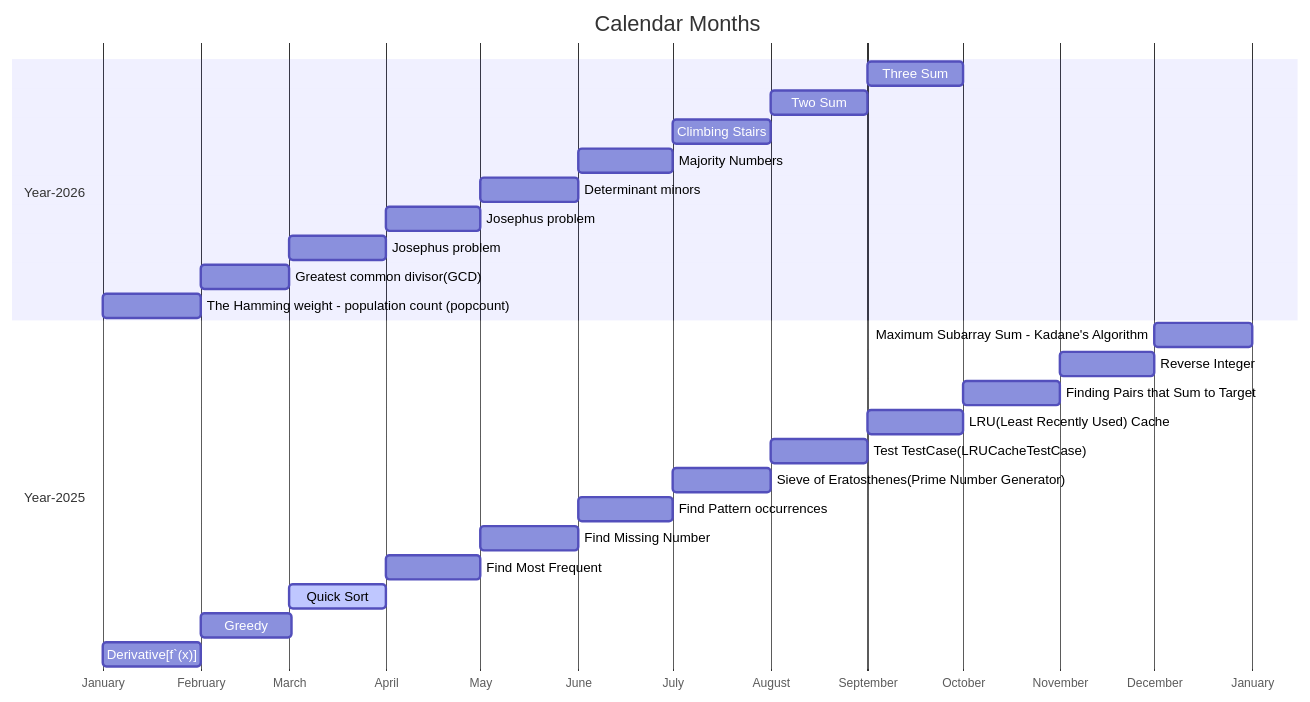
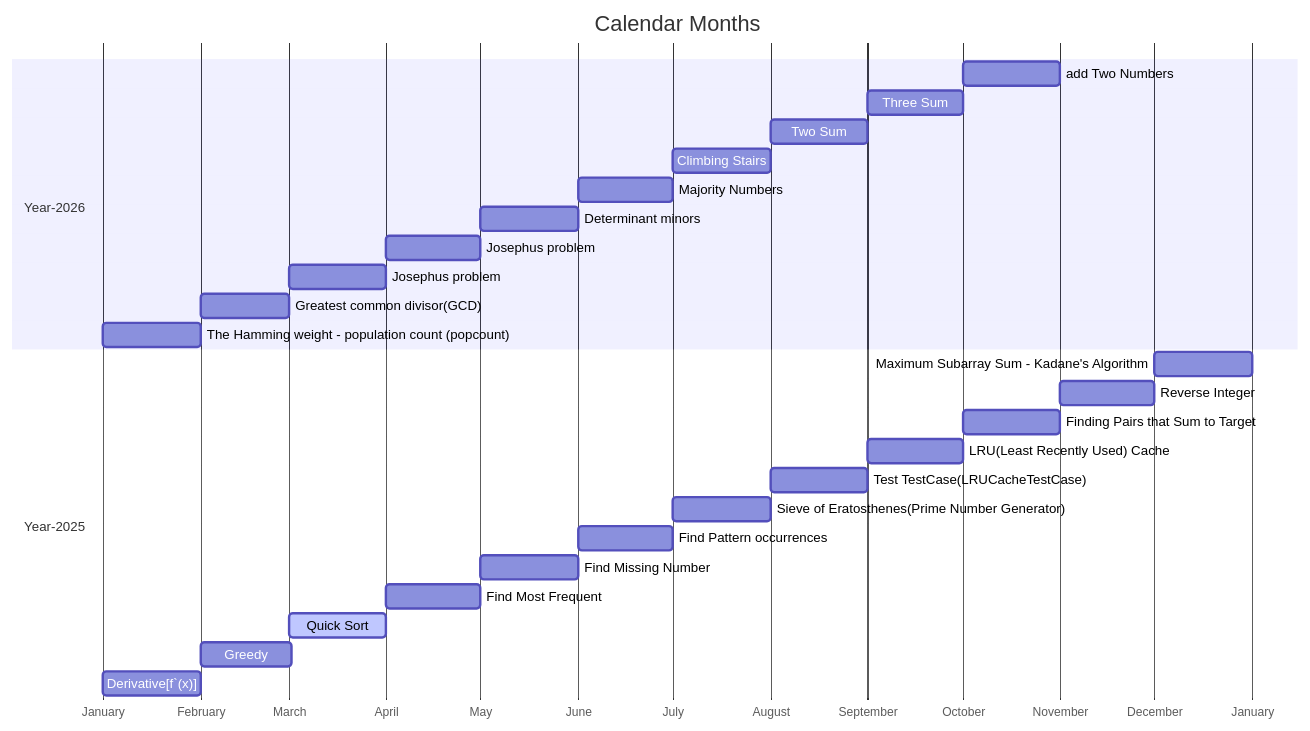
The diagram in src/calendar.md (softtiny/docs.calendar), drawn with Mermaid before and after one commit. The commit also changed 4 other files, not shown here.

````diff
--- a/src/calendar.md
+++ b/src/calendar.md
@@ -2,30 +2,31 @@
 ```mermaid
 
 gantt
     title Calendar Months
     dateFormat MM-DD
     axisFormat %B
     section Year-2026
+        add Two Numbers: 10-01, 31d
         Three Sum: 09-01, 30d
         Two Sum: 08-01, 31d
         Climbing Stairs: 07-01, 31d
         Majority Numbers: 06-01, 30d
         Determinant minors: 05-01, 31d
         Josephus problem: 04-01, 30d
         Josephus problem: 03-01, 31d
         Greatest common divisor(GCD): 02-01, 28d
         The Hamming weight - population count (popcount): 01-01, 31d
     section Year-2025
         Maximum Subarray Sum - Kadane's Algorithm:12-01, 31d
         Reverse Integer:11-01, 30d
         Finding Pairs that Sum to Target :10-01, 31d
         LRU(Least Recently Used) Cache :09-01, 30d
         Test TestCase(LRUCacheTestCase) :08-01, 31d
         Sieve of Eratosthenes(Prime Number Generator)    :07-01, 31d
         Find Pattern occurrences :06-01, 30d
         Find Missing Number :05-01, 31d
         Find Most Frequent :04-01, 30d
         Quick Sort      :active, 03-01, 31d
         Greedy          :02-01, 29d
         Derivative[f`(x)]          :01-01, 31d
 ```
````
